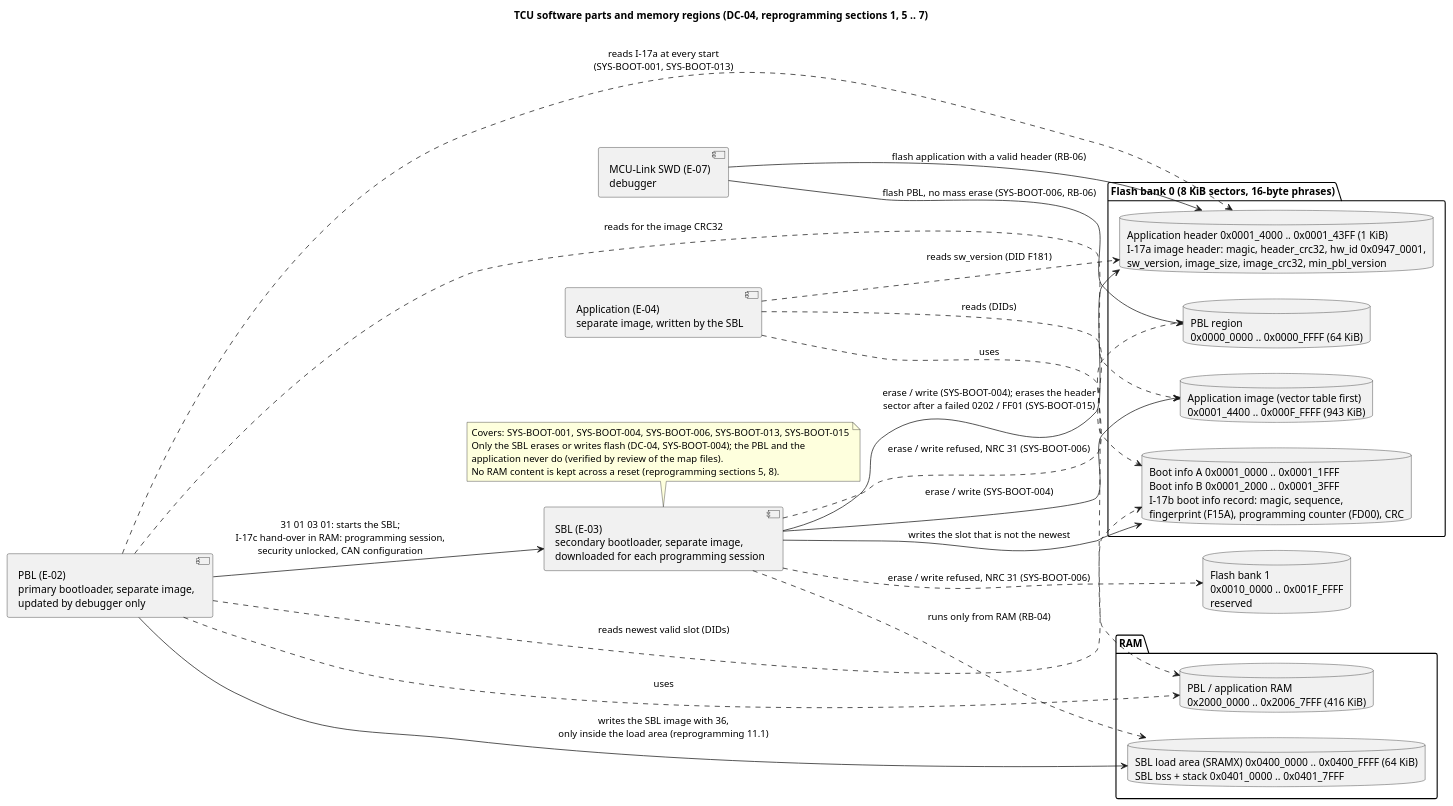
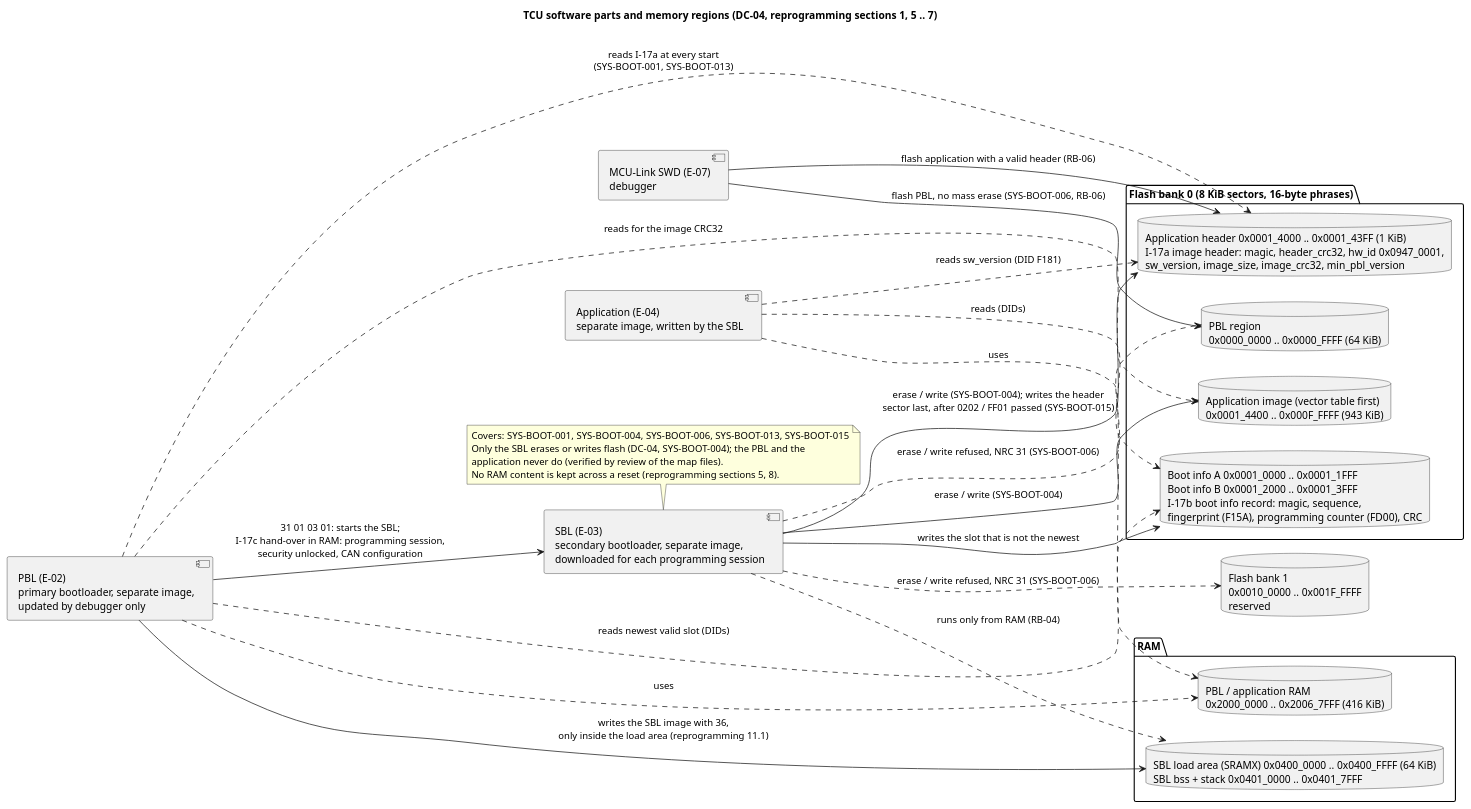
The diagram in docs/architecture/system/diagrams/cmp_tcu_software_parts.puml (cavoidcodon/xAT), drawn with PlantUML before and after one commit. The commit also changed 16 other files, not shown here.

```diff
--- a/docs/architecture/system/diagrams/cmp_tcu_software_parts.puml
+++ b/docs/architecture/system/diagrams/cmp_tcu_software_parts.puml
@@ -1,52 +1,52 @@
 @startuml cmp_tcu_software_parts
 title TCU software parts and memory regions (DC-04, reprogramming sections 1, 5 .. 7)
 
 left to right direction
 
 component "MCU-Link SWD (E-07)\ndebugger" as Dbg
 component "PBL (E-02)\nprimary bootloader, separate image,\nupdated by debugger only" as PBL
 component "Application (E-04)\nseparate image, written by the SBL" as App
 component "SBL (E-03)\nsecondary bootloader, separate image,\ndownloaded for each programming session" as SBL
 
 package "Flash bank 0 (8 KiB sectors, 16-byte phrases)" {
   database "PBL region\n0x0000_0000 .. 0x0000_FFFF (64 KiB)" as FlashPbl
   database "Boot info A 0x0001_0000 .. 0x0001_1FFF\nBoot info B 0x0001_2000 .. 0x0001_3FFF\nI-17b boot info record: magic, sequence,\nfingerprint (F15A), programming counter (FD00), CRC" as FlashBi
   database "Application header 0x0001_4000 .. 0x0001_43FF (1 KiB)\nI-17a image header: magic, header_crc32, hw_id 0x0947_0001,\nsw_version, image_size, image_crc32, min_pbl_version" as FlashHdr
   database "Application image (vector table first)\n0x0001_4400 .. 0x000F_FFFF (943 KiB)" as FlashImg
 }
 database "Flash bank 1\n0x0010_0000 .. 0x001F_FFFF\nreserved" as FlashB1
 
 package "RAM" {
   database "SBL load area (SRAMX) 0x0400_0000 .. 0x0400_FFFF (64 KiB)\nSBL bss + stack 0x0401_0000 .. 0x0401_7FFF" as Sramx
   database "PBL / application RAM\n0x2000_0000 .. 0x2006_7FFF (416 KiB)" as SysRam
 }
 
 PBL --> SBL : 31 01 03 01: starts the SBL;\nI-17c hand-over in RAM: programming session,\nsecurity unlocked, CAN configuration
 
 PBL ..> FlashHdr : reads I-17a at every start\n(SYS-BOOT-001, SYS-BOOT-013)
 PBL ..> FlashImg : reads for the image CRC32
 PBL ..> FlashBi : reads newest valid slot (DIDs)
 PBL --> Sramx : writes the SBL image with 36,\nonly inside the load area (reprogramming 11.1)
 PBL ..> SysRam : uses
 
 App ..> FlashHdr : reads sw_version (DID F181)
 App ..> FlashBi : reads (DIDs)
 App ..> SysRam : uses
 
 SBL ..> Sramx : runs only from RAM (RB-04)
-SBL --> FlashHdr : erase / write (SYS-BOOT-004); erases the header\nsector after a failed 0202 / FF01 (SYS-BOOT-015)
+SBL --> FlashHdr : erase / write (SYS-BOOT-004); writes the header\nsector last, after 0202 / FF01 passed (SYS-BOOT-015)
 SBL --> FlashImg : erase / write (SYS-BOOT-004)
 SBL --> FlashBi : writes the slot that is not the newest
 SBL ..> FlashPbl : erase / write refused, NRC 31 (SYS-BOOT-006)
 SBL ..> FlashB1 : erase / write refused, NRC 31 (SYS-BOOT-006)
 
 Dbg --> FlashPbl : flash PBL, no mass erase (SYS-BOOT-006, RB-06)
 Dbg --> FlashHdr : flash application with a valid header (RB-06)
 
 note top of SBL
 Covers: SYS-BOOT-001, SYS-BOOT-004, SYS-BOOT-006, SYS-BOOT-013, SYS-BOOT-015
 Only the SBL erases or writes flash (DC-04, SYS-BOOT-004); the PBL and the
 application never do (verified by review of the map files).
 No RAM content is kept across a reset (reprogramming sections 5, 8).
 end note
 @enduml
```
